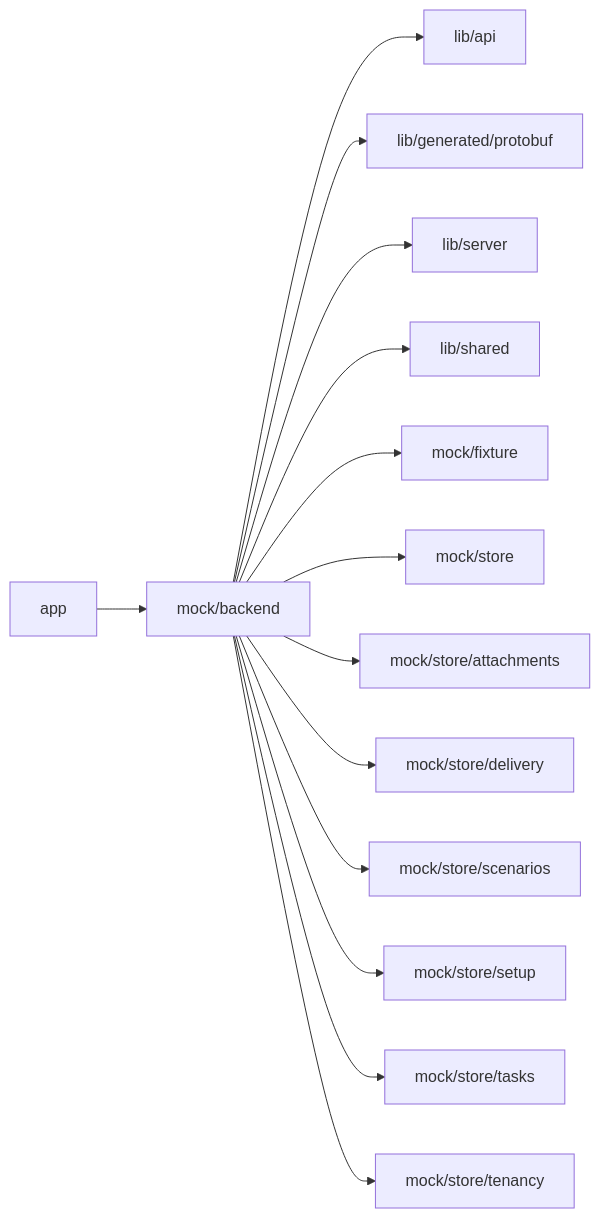
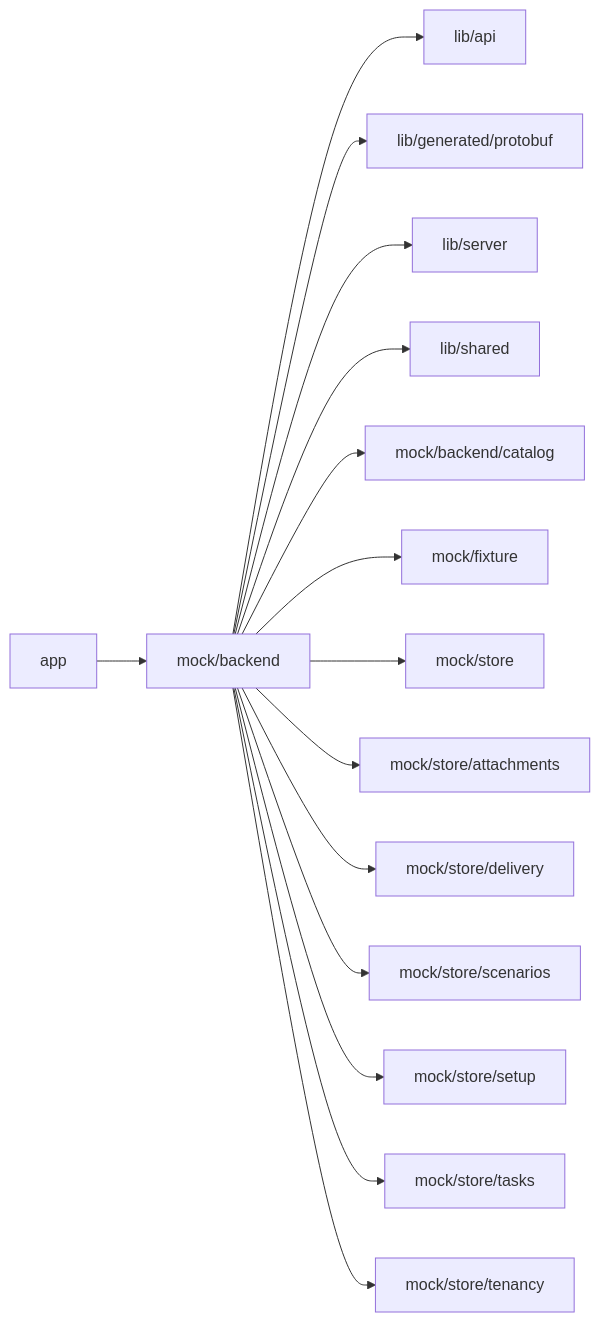
One commit to superdurable/superverse changed the diagram in web/studio/mock/backend/README.md. Above: the diagram before and after it, drawn with Mermaid. The commit also changed other lines of this file and 75 other files, not shown here.

````diff
--- a/web/studio/mock/backend/README.md
+++ b/web/studio/mock/backend/README.md
@@ -10,17 +10,18 @@
 ```mermaid
 flowchart LR
   self["mock/backend"]
   c0["app"] --> self
   self --> d0["lib/api"]
   self --> d1["lib/generated/protobuf"]
   self --> d2["lib/server"]
   self --> d3["lib/shared"]
-  self --> d4["mock/fixture"]
-  self --> d5["mock/store"]
-  self --> d6["mock/store/attachments"]
-  self --> d7["mock/store/delivery"]
-  self --> d8["mock/store/scenarios"]
-  self --> d9["mock/store/setup"]
-  self --> d10["mock/store/tasks"]
-  self --> d11["mock/store/tenancy"]
+  self --> d4["mock/backend/catalog"]
+  self --> d5["mock/fixture"]
+  self --> d6["mock/store"]
+  self --> d7["mock/store/attachments"]
+  self --> d8["mock/store/delivery"]
+  self --> d9["mock/store/scenarios"]
+  self --> d10["mock/store/setup"]
+  self --> d11["mock/store/tasks"]
+  self --> d12["mock/store/tenancy"]
 ```
````
